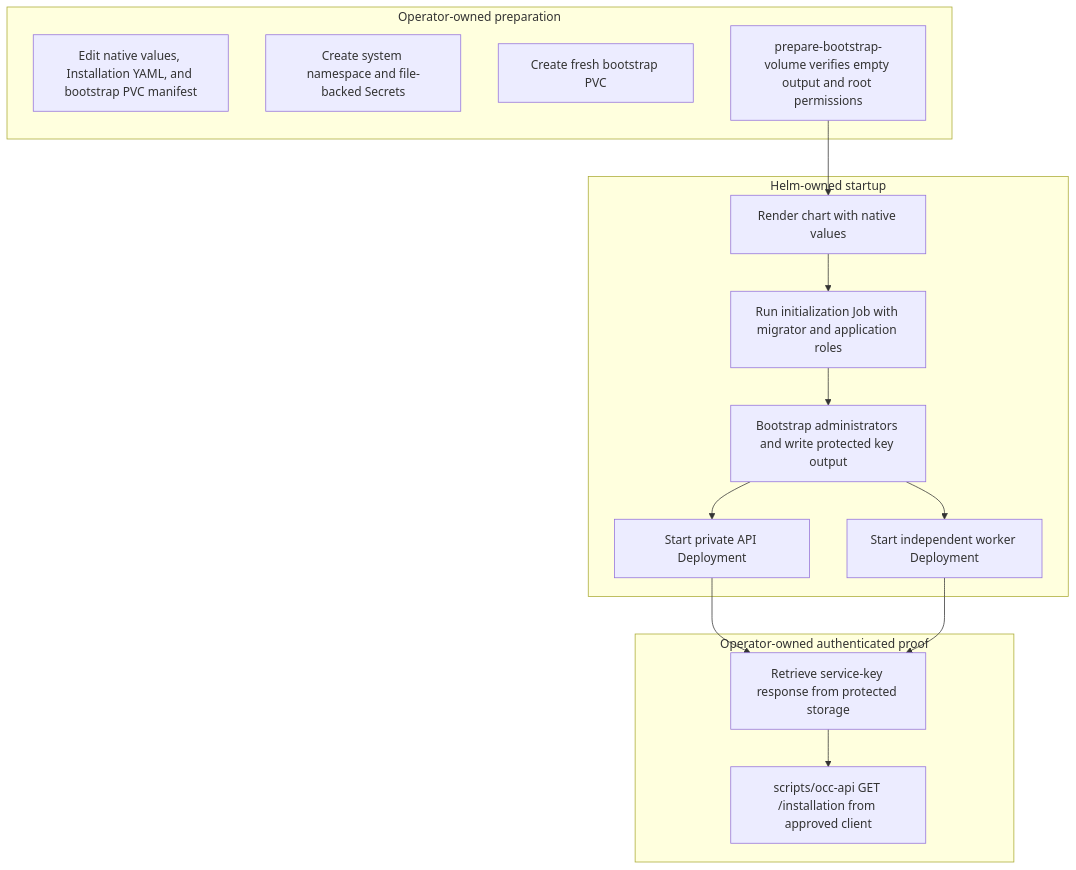
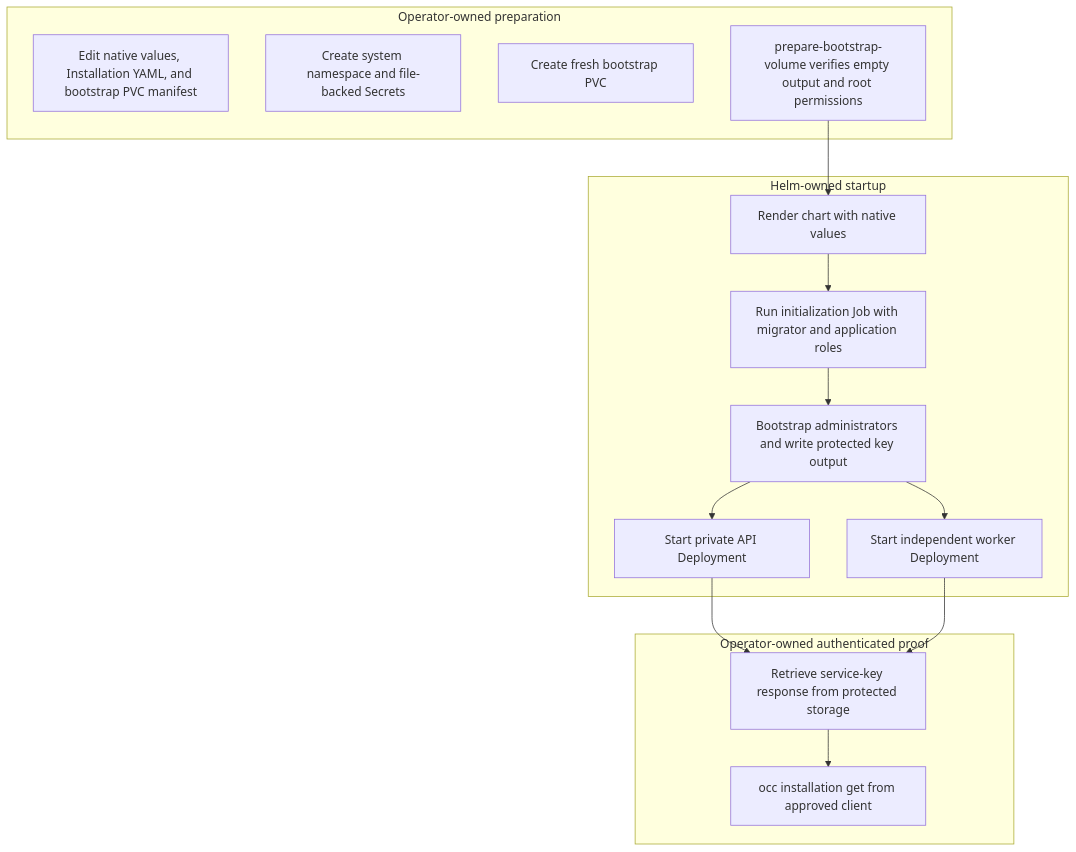
Before and after one commit to SebTardif/openclaw-enterprise: the diagram in docs/flows/production-startup.md, drawn with Mermaid. The commit also changed other lines of this file and 37 other files, not shown here.

````diff
--- a/docs/flows/production-startup.md
+++ b/docs/flows/production-startup.md
@@ -37,21 +37,21 @@
 ```mermaid
 graph TD
     subgraph Operator["Operator-owned preparation"]
         A["Edit native values, Installation YAML, and bootstrap PVC manifest"]
         B["Create system namespace and file-backed Secrets"]
         C["Create fresh bootstrap PVC"]
         D["prepare-bootstrap-volume verifies empty output and root permissions"]
     end
     subgraph Helm["Helm-owned startup"]
         D --> E["Render chart with native values"]
         E --> F["Run initialization Job with migrator and application roles"]
         F --> G["Bootstrap administrators and write protected key output"]
         G --> H["Start private API Deployment"]
         G --> I["Start independent worker Deployment"]
     end
     subgraph Proof["Operator-owned authenticated proof"]
         H --> J["Retrieve service-key response from protected storage"]
         I --> J
-        J --> K["scripts/occ-api GET /installation from approved client"]
+        J --> K["occ installation get from approved client"]
     end
 ```
````
